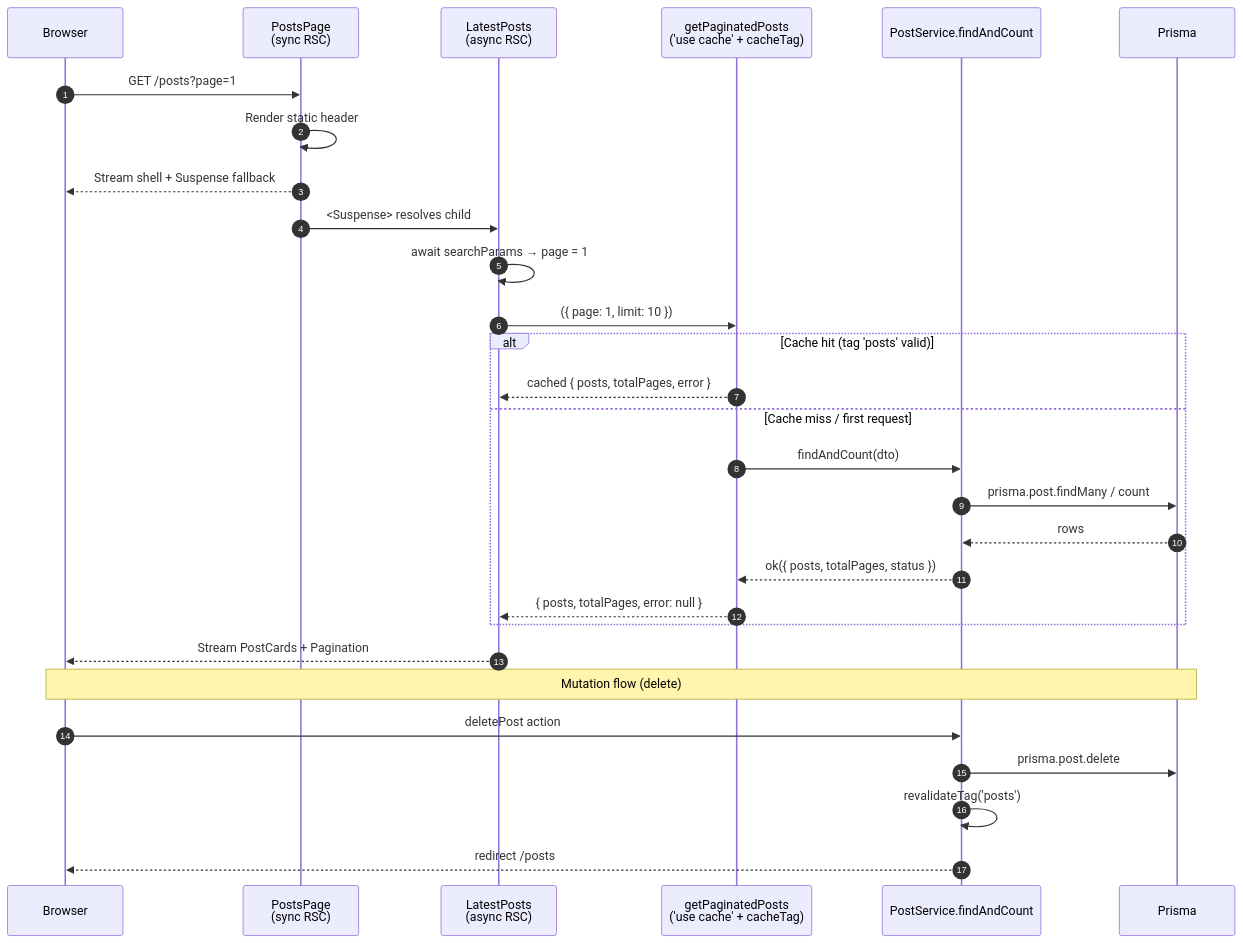
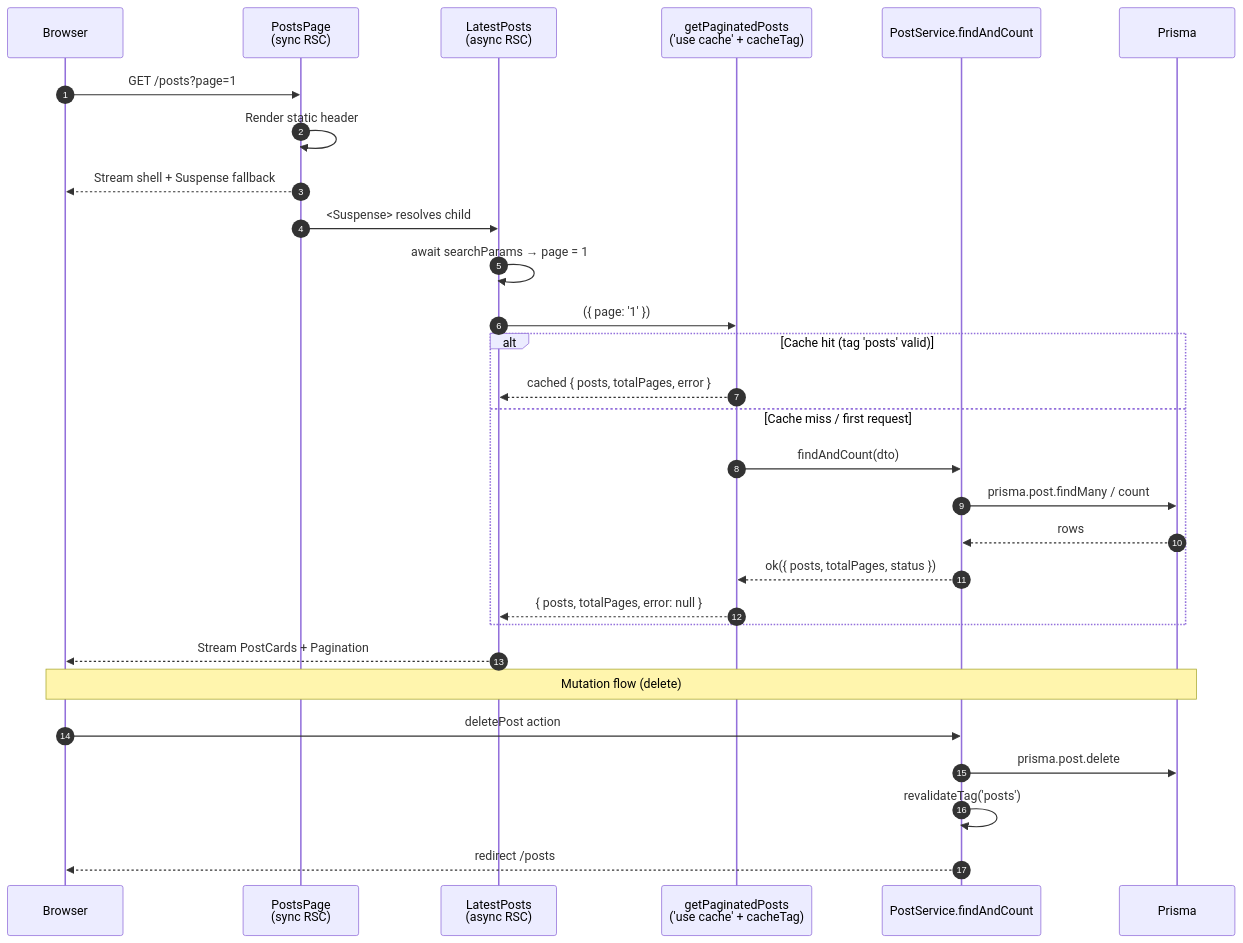
Before and after one commit to greenymcgee/portfolio: the diagram in docs/discovery/server-side-paginated-posts/architecture/architecture.md, drawn with Mermaid. The commit also changed other lines of this file and 15 other files, not shown here.

````diff
--- a/docs/discovery/server-side-paginated-posts/architecture/architecture.md
+++ b/docs/discovery/server-side-paginated-posts/architecture/architecture.md
@@ -24,33 +24,33 @@
 ```mermaid
 sequenceDiagram
     autonumber
     participant Browser
     participant PostsPage as PostsPage<br/>(sync RSC)
     participant LatestPosts as LatestPosts<br/>(async RSC)
     participant getPaginatedPosts as getPaginatedPosts<br/>('use cache' + cacheTag)
     participant Service as PostService.findAndCount
     participant Prisma
 
     Browser->>PostsPage: GET /posts?page=1
     PostsPage->>PostsPage: Render static header
     PostsPage-->>Browser: Stream shell + Suspense fallback
     PostsPage->>LatestPosts: <Suspense> resolves child
     LatestPosts->>LatestPosts: await searchParams → page = 1
-    LatestPosts->>getPaginatedPosts: ({ page: 1, limit: 10 })
+    LatestPosts->>getPaginatedPosts: ({ page: '1' })
     alt Cache hit (tag 'posts' valid)
         getPaginatedPosts-->>LatestPosts: cached { posts, totalPages, error }
     else Cache miss / first request
         getPaginatedPosts->>Service: findAndCount(dto)
         Service->>Prisma: prisma.post.findMany / count
         Prisma-->>Service: rows
         Service-->>getPaginatedPosts: ok({ posts, totalPages, status })
         getPaginatedPosts-->>LatestPosts: { posts, totalPages, error: null }
     end
     LatestPosts-->>Browser: Stream PostCards + Pagination
 
     Note over Browser,Prisma: Mutation flow (delete)
     Browser->>Service: deletePost action
     Service->>Prisma: prisma.post.delete
     Service->>Service: revalidateTag('posts')
     Service-->>Browser: redirect /posts
 ```
````
